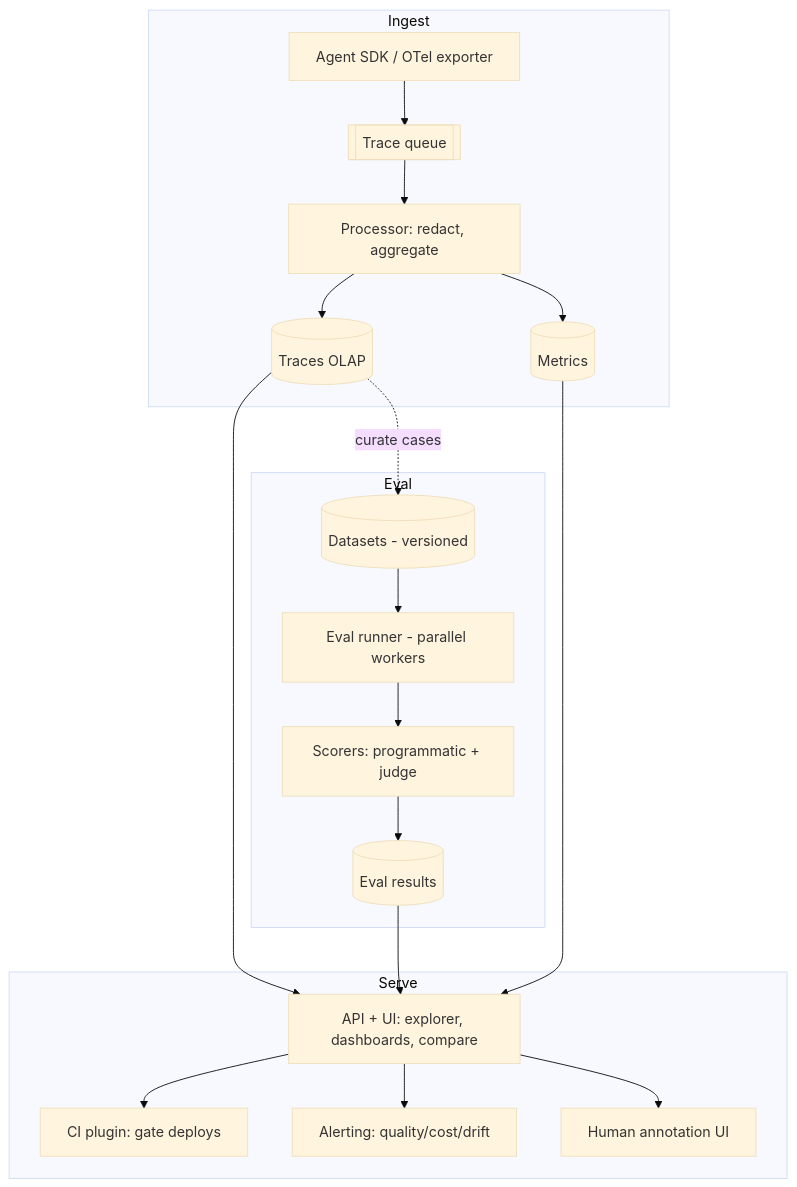
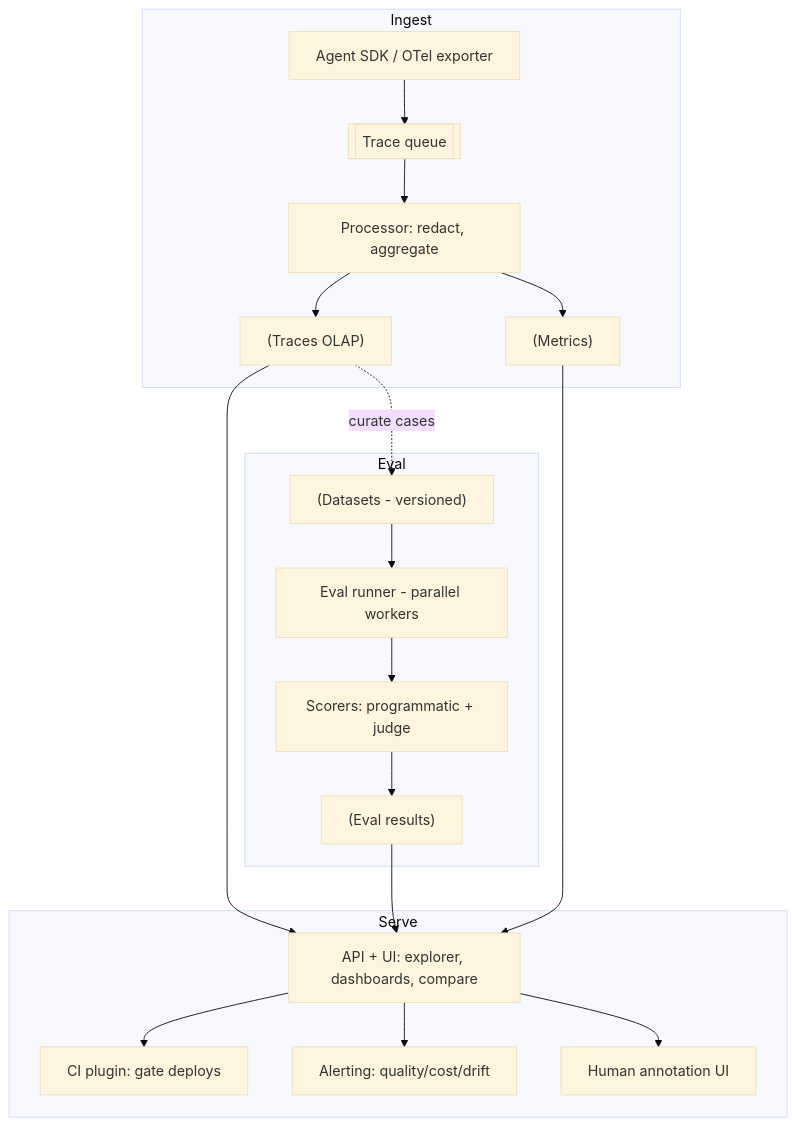
One commit to pankajThakur1874/studysheet changed the fifth of 5 diagrams in files/System-Design-Questions/42-agent_eval_observability_platform_system_design.md. Above: the diagram before and after it, drawn with Mermaid (base theme). The commit also changed other lines of this file and 78 other files, not shown here.

````diff
--- a/files/System-Design-Questions/42-agent_eval_observability_platform_system_design.md
+++ b/files/System-Design-Questions/42-agent_eval_observability_platform_system_design.md
@@ -149,21 +149,21 @@
 ```mermaid
 flowchart TD
     subgraph Ingest
-      SDK[Agent SDK / OTel exporter] --> Q[[Trace queue]]
-      Q --> P[Processor: redact, aggregate]
-      P --> TStore[(Traces OLAP)]
-      P --> MStore[(Metrics)]
+      SDK["Agent SDK / OTel exporter"] --> Q[[Trace queue]]
+      Q --> P["Processor: redact, aggregate"]
+      P --> TStore["(Traces OLAP)"]
+      P --> MStore["(Metrics)"]
     end
     subgraph Eval
-      DS[(Datasets - versioned)] --> ER[Eval runner - parallel workers]
-      ER --> SC[Scorers: programmatic + judge]
-      SC --> Results[(Eval results)]
+      DS["(Datasets - versioned)"] --> ER[Eval runner - parallel workers]
+      ER --> SC["Scorers: programmatic + judge"]
+      SC --> Results["(Eval results)"]
     end
     subgraph Serve
-      TStore & MStore & Results --> API[API + UI: explorer, dashboards, compare]
-      API --> CI[CI plugin: gate deploys]
-      API --> Alert[Alerting: quality/cost/drift]
+      TStore & MStore & Results --> API["API + UI: explorer, dashboards, compare"]
+      API --> CI["CI plugin: gate deploys"]
+      API --> Alert["Alerting: quality/cost/drift"]
       API --> Annot[Human annotation UI]
     end
     TStore -.curate cases.-> DS
 ```
````
